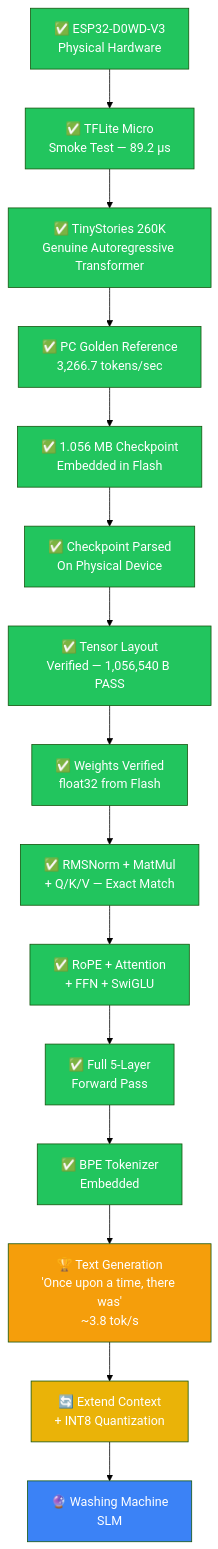
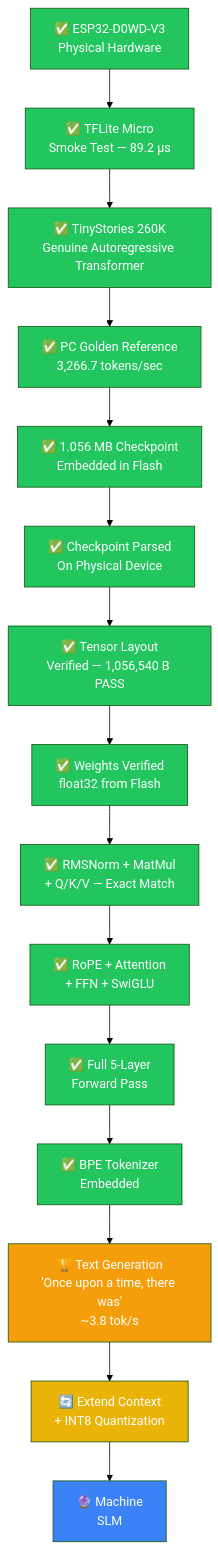
Diagram 14 of 14 in README.md (AMAANALI70/SLM), drawn with Mermaid (forest theme) before and after one commit. The commit also changed other lines of this file, not shown here.

````diff
--- a/README.md
+++ b/README.md
@@ -1247,33 +1247,33 @@
 ```mermaid
 flowchart TD
     A["✅ ESP32-D0WD-V3\nPhysical Hardware"] --> B["✅ TFLite Micro\nSmoke Test — 89.2 µs"]
     B --> C["✅ TinyStories 260K\nGenuine Autoregressive Transformer"]
     C --> D["✅ PC Golden Reference\n3,266.7 tokens/sec"]
     D --> E["✅ 1.056 MB Checkpoint\nEmbedded in Flash"]
     E --> F["✅ Checkpoint Parsed\nOn Physical Device"]
     F --> G["✅ Tensor Layout\nVerified — 1,056,540 B PASS"]
     G --> H["✅ Weights Verified\nfloat32 from Flash"]
     H --> I["✅ RMSNorm + MatMul\n+ Q/K/V — Exact Match"]
     I --> J["✅ RoPE + Attention\n+ FFN + SwiGLU"]
     J --> K["✅ Full 5-Layer\nForward Pass"]
     K --> L["✅ BPE Tokenizer\nEmbedded"]
     L --> M["🏆 Text Generation\n'Once upon a time, there was'\n~3.8 tok/s"]
     M --> N["🔄 Extend Context\n+ INT8 Quantization"]
-    N --> O["🔮 Washing Machine\nSLM"]
+    N --> O["🔮 Machine\nSLM"]
 
     style A fill:#22c55e,color:#fff
     style B fill:#22c55e,color:#fff
     style C fill:#22c55e,color:#fff
     style D fill:#22c55e,color:#fff
     style E fill:#22c55e,color:#fff
     style F fill:#22c55e,color:#fff
     style G fill:#22c55e,color:#fff
     style H fill:#22c55e,color:#fff
     style I fill:#22c55e,color:#fff
     style J fill:#22c55e,color:#fff
     style K fill:#22c55e,color:#fff
     style L fill:#22c55e,color:#fff
     style M fill:#f59e0b,color:#fff
     style N fill:#eab308,color:#fff
     style O fill:#3b82f6,color:#fff
 ```
````
